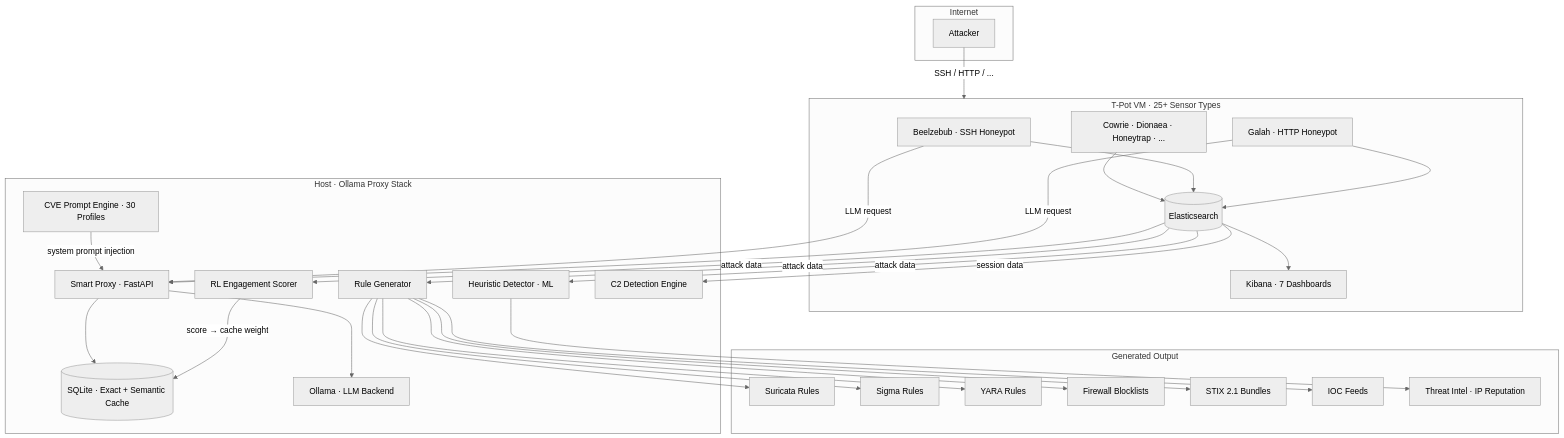
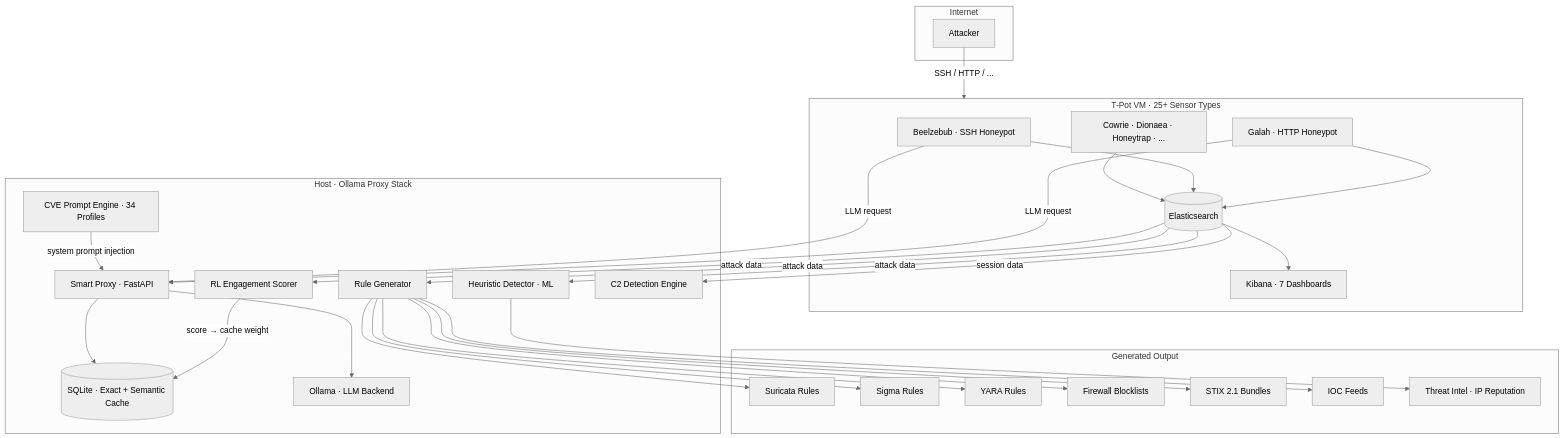
One commit to Leviticus-Triage/llm-honeypot-intelligence changed the diagram in README.md. Above: the diagram before and after it, drawn with Mermaid (neutral theme). The commit also changed other lines of this file and 2 other files, not shown here.

First line of the commit message:
feat: add 4 critical 2026 CVE honeypot profiles (34 total)

````diff
--- a/README.md
+++ b/README.md
@@ -52,58 +52,58 @@
 ```mermaid
 flowchart TB
     subgraph Internet["Internet"]
         ATK[Attacker]
     end
 
     subgraph TPOT["T-Pot VM · 25+ Sensor Types"]
         BEE[Beelzebub · SSH Honeypot]
         GAL[Galah · HTTP Honeypot]
         OTHER[Cowrie · Dionaea · Honeytrap · ...]
         ES[(Elasticsearch)]
         KIB[Kibana · 7 Dashboards]
     end
 
     subgraph HOST["Host · Ollama Proxy Stack"]
         PROXY[Smart Proxy · FastAPI]
         CACHE[(SQLite · Exact + Semantic Cache)]
         OLLAMA[Ollama · LLM Backend]
         RL[RL Engagement Scorer]
         RULES[Rule Generator]
         ML[Heuristic Detector · ML]
         C2[C2 Detection Engine]
-        CVE[CVE Prompt Engine · 30 Profiles]
+        CVE[CVE Prompt Engine · 34 Profiles]
     end
 
     subgraph OUTPUT["Generated Output"]
         SUR[Suricata Rules]
         SIG[Sigma Rules]
         YAR[YARA Rules]
         FW[Firewall Blocklists]
         STIX[STIX 2.1 Bundles]
         IOC[IOC Feeds]
         THREAT[Threat Intel · IP Reputation]
     end
 
     ATK -->|"SSH / HTTP / ..."| TPOT
     BEE -->|"LLM request"| PROXY
     GAL -->|"LLM request"| PROXY
     PROXY --> CACHE
     PROXY --> OLLAMA
     CVE -->|"system prompt injection"| PROXY
     RL -->|"score → cache weight"| CACHE
     ES -->|"attack data"| RL
     ES -->|"attack data"| RULES
     ES -->|"attack data"| ML
     ES -->|"session data"| C2
     OTHER --> ES
     BEE --> ES
     GAL --> ES
     ES --> KIB
     RULES --> SUR
     RULES --> SIG
     RULES --> YAR
     RULES --> FW
     RULES --> STIX
     RULES --> IOC
     ML --> THREAT
 ```
````
